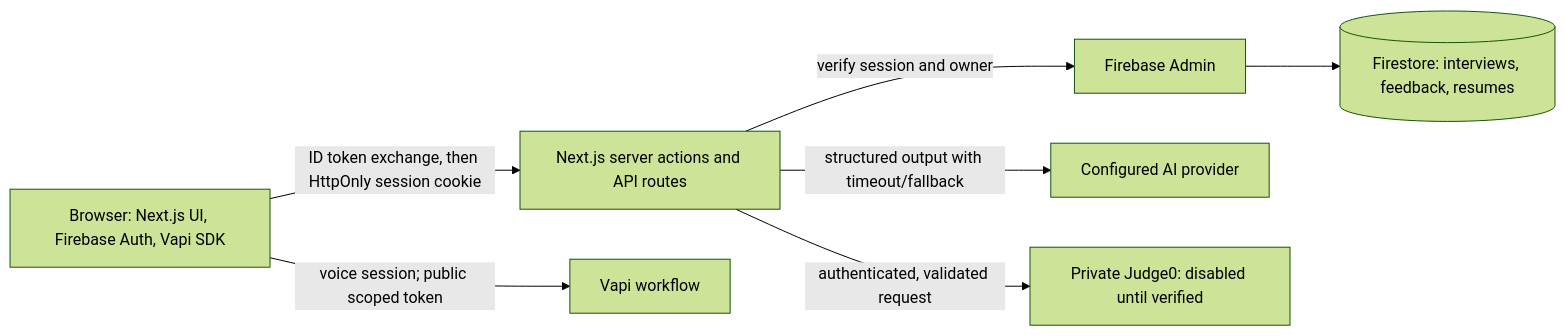
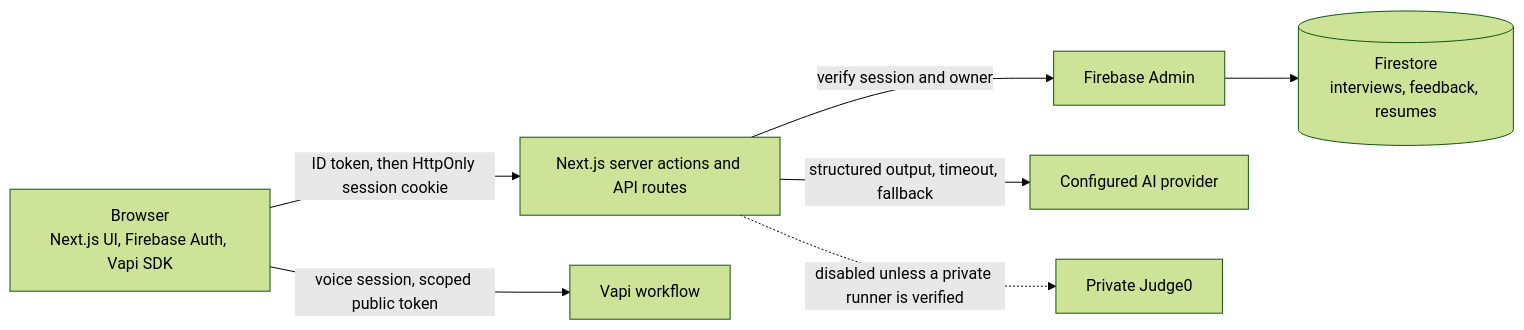
One commit to Shree1194/prepwise-ai-mock-interview changed the diagram in README.md. Above: the diagram before and after it, drawn with Mermaid (forest theme). The commit also changed other lines of this file, not shown here.

````diff
--- a/README.md
+++ b/README.md
@@ -32,9 +36,9 @@
 ```mermaid
 flowchart LR
-  B[Browser: Next.js UI, Firebase Auth, Vapi SDK] -->|ID token exchange, then HttpOnly session cookie| N[Next.js server actions and API routes]
-  N -->|verify session and owner| A[Firebase Admin]
-  A --> F[(Firestore: interviews, feedback, resumes)]
-  N -->|structured output with timeout/fallback| AI[Configured AI provider]
-  B -->|voice session; public scoped token| V[Vapi workflow]
-  N -->|authenticated, validated request| J[Private Judge0: disabled until verified]
+  B["Browser<br/>Next.js UI, Firebase Auth, Vapi SDK"] -->|"ID token, then HttpOnly session cookie"| N["Next.js server actions and API routes"]
+  N -->|"verify session and owner"| A[Firebase Admin]
+  A --> F[("Firestore<br/>interviews, feedback, resumes")]
+  N -->|"structured output, timeout, fallback"| AI[Configured AI provider]
+  B -->|"voice session, scoped public token"| V[Vapi workflow]
+  N -.->|"disabled unless a private runner is verified"| J[Private Judge0]
 ```
````
